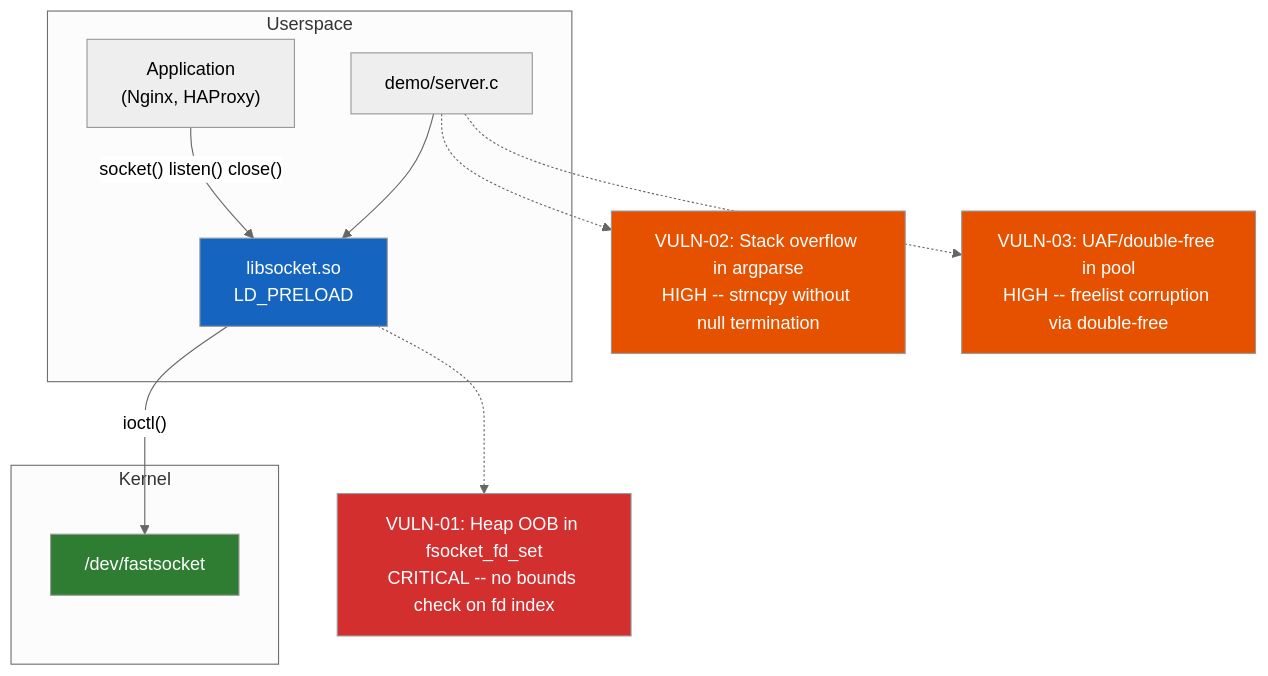
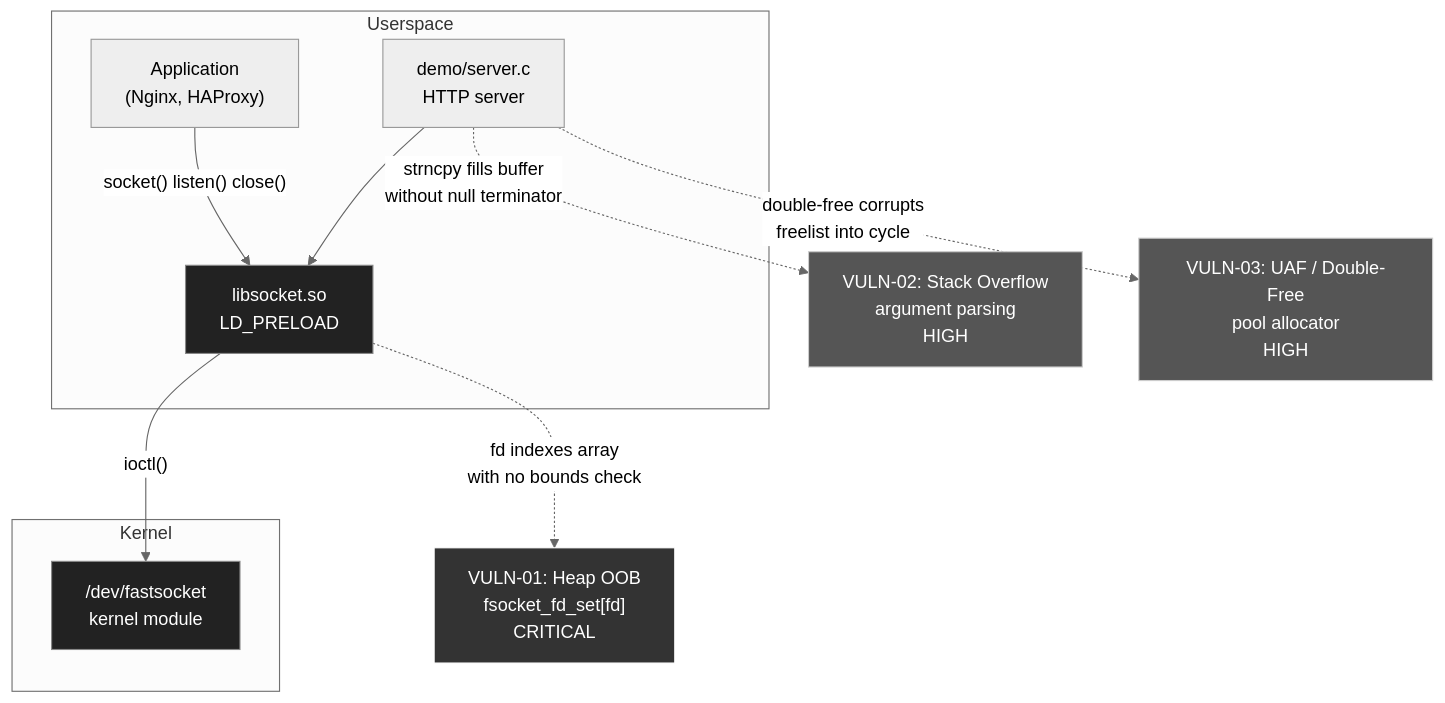
Before and after one commit to KazamaDono/Low-Level-Research: the third of 5 diagrams in README.md, drawn with Mermaid (neutral theme). The commit also changed other lines of this file and 2 other files, not shown here.

First line of the commit message:
readme: simplify main overview, add mermaid exploit diagrams, remove PII

````diff
--- a/README.md
+++ b/README.md
@@ -111,30 +134,26 @@
 ```mermaid
 graph TB
-    subgraph Userspace
+    subgraph "Userspace"
         APP["Application<br/>(Nginx, HAProxy)"]
         LIB["libsocket.so<br/>LD_PRELOAD"]
-        DEMO["demo/server.c"]
+        DEMO["demo/server.c<br/>HTTP server"]
     end
 
-    subgraph Kernel
-        MOD["/dev/fastsocket"]
+    subgraph "Kernel"
+        MOD["/dev/fastsocket<br/>kernel module"]
     end
 
     APP -->|"socket() listen() close()"| LIB
     LIB -->|"ioctl()"| MOD
     DEMO --> LIB
 
-    V1["VULN-01: Heap OOB in fsocket_fd_set<br/>CRITICAL -- no bounds check on fd index"]
-    V2["VULN-02: Stack overflow in argparse<br/>HIGH -- strncpy without null termination"]
-    V3["VULN-03: UAF/double-free in pool<br/>HIGH -- freelist corruption via double-free"]
+    LIB -.->|"fd indexes array<br/>with no bounds check"| V1["VULN-01: Heap OOB<br/>fsocket_fd_set[fd]<br/>CRITICAL"]
+    DEMO -.->|"strncpy fills buffer<br/>without null terminator"| V2["VULN-02: Stack Overflow<br/>argument parsing<br/>HIGH"]
+    DEMO -.->|"double-free corrupts<br/>freelist into cycle"| V3["VULN-03: UAF / Double-Free<br/>pool allocator<br/>HIGH"]
 
-    LIB -.-> V1
-    DEMO -.-> V2
-    DEMO -.-> V3
-
-    style V1 fill:#d32f2f,color:#fff
-    style V2 fill:#e65100,color:#fff
-    style V3 fill:#e65100,color:#fff
-    style LIB fill:#1565c0,color:#fff
-    style MOD fill:#2e7d32,color:#fff
+    style V1 fill:#333,color:#fff,stroke:#fff
+    style V2 fill:#555,color:#fff,stroke:#ccc
+    style V3 fill:#555,color:#fff,stroke:#ccc
+    style LIB fill:#222,color:#fff,stroke:#888
+    style MOD fill:#222,color:#fff,stroke:#888
 ```
````
